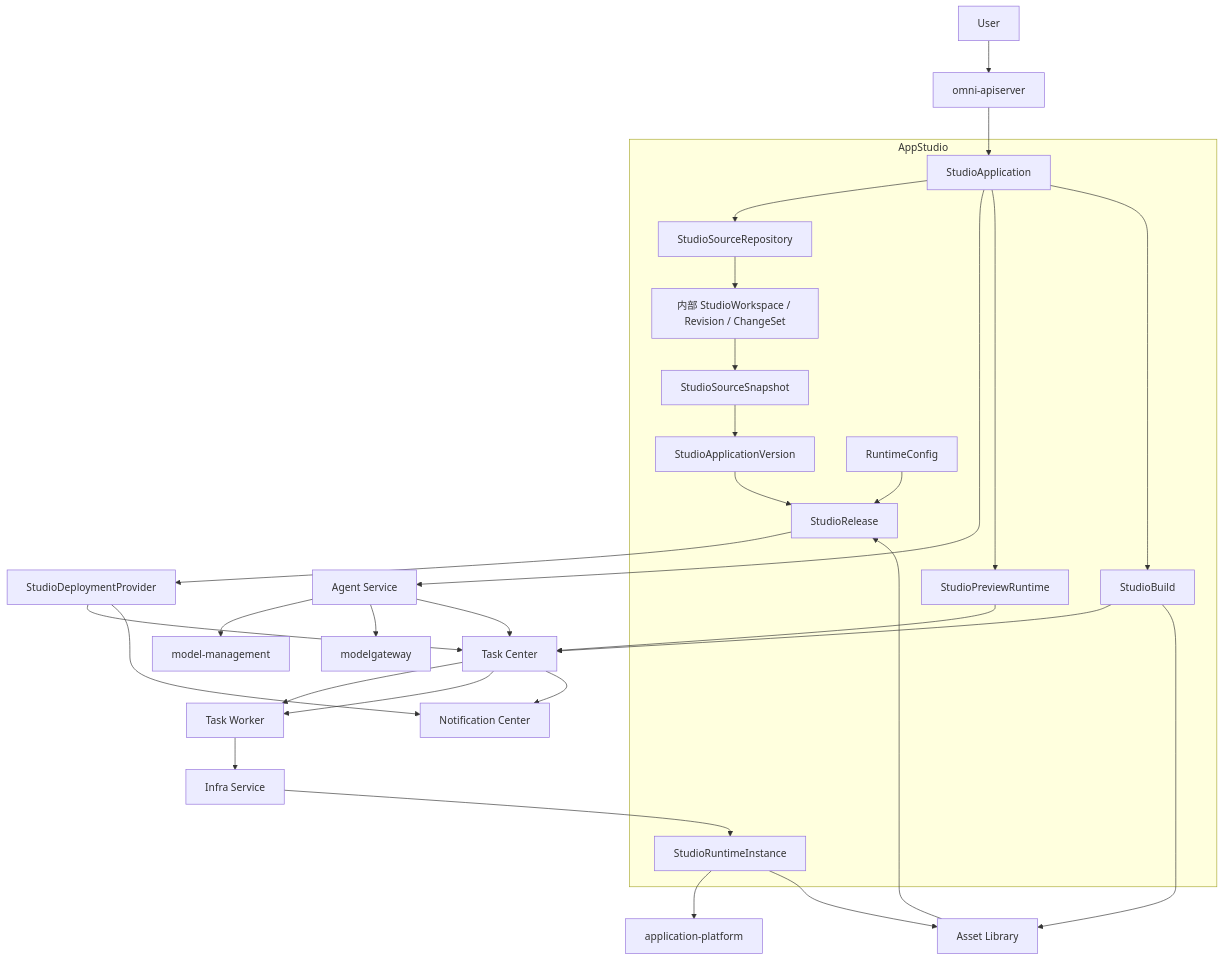
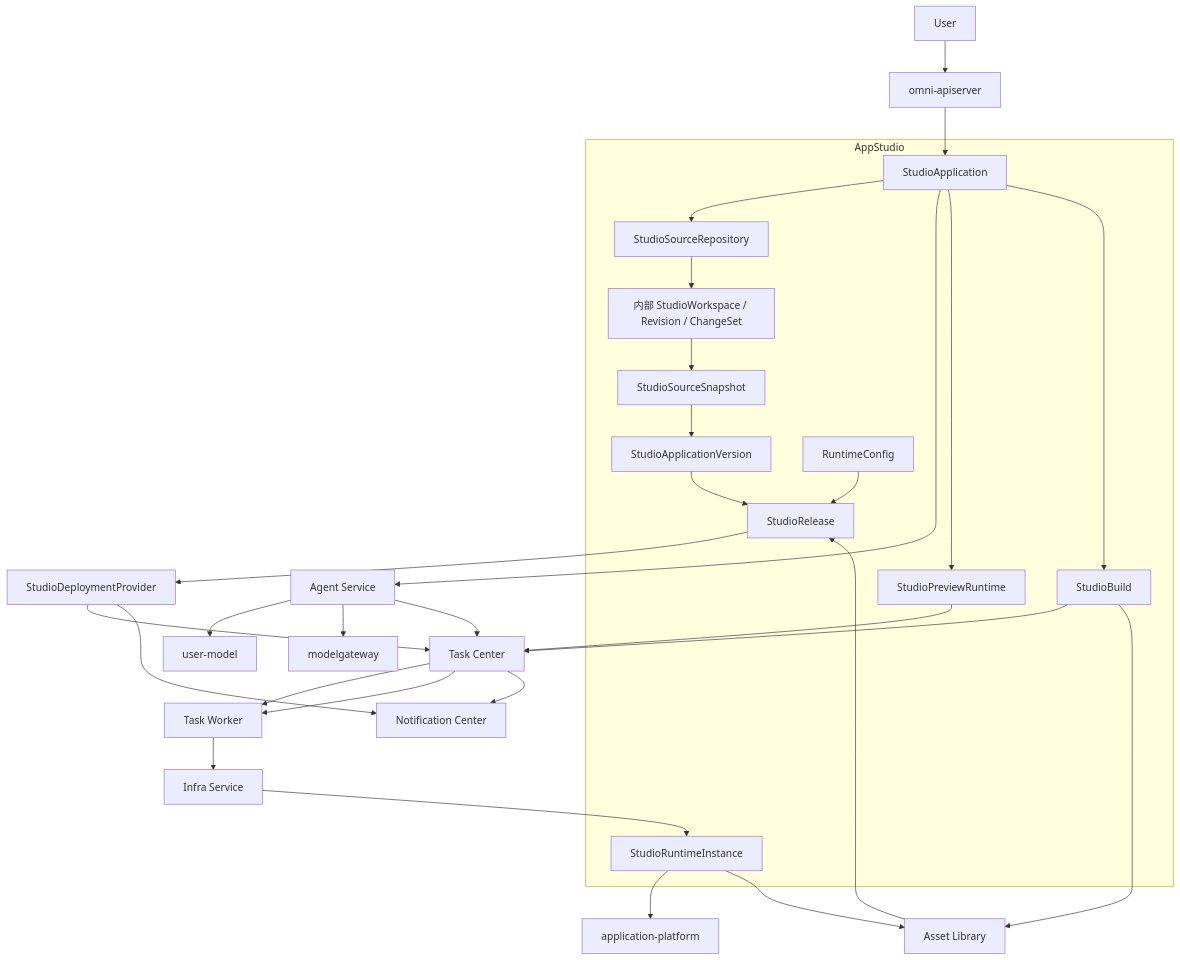
Before and after one commit to wangweihong/omnimam-spec: the first of 11 diagrams in 00_product/domains/appstudio/product-spec.md, drawn with Mermaid. The commit also changed other lines of this file and 43 other files, not shown here.

Commit message:
spec: unify user model and model gateway

````diff
--- a/00_product/domains/appstudio/product-spec.md
+++ b/00_product/domains/appstudio/product-spec.md
@@ -293,65 +293,65 @@
 ```mermaid
 flowchart TB
     USER[User]
     API[omni-apiserver]
 
     subgraph STUDIO["AppStudio"]
         APPLICATION[StudioApplication]
         REPOSITORY[StudioSourceRepository]
         WORKSPACE[内部 StudioWorkspace / Revision / ChangeSet]
         SNAPSHOT[StudioSourceSnapshot]
         VERSION[StudioApplicationVersion]
         PREVIEW[StudioPreviewRuntime]
         BUILD[StudioBuild]
         CONFIG[RuntimeConfig]
         RELEASE[StudioRelease]
         RUNTIME[StudioRuntimeInstance]
     end
 
     AGENT[Agent Service]
-    MM[model-management]
+    MM[user-model]
     MG[modelgateway]
     TASK[Task Center]
     WORKER[Task Worker]
     INFRA[Infra Service]
     DEPLOY[StudioDeploymentProvider]
     ASSET[Asset Library]
     APP_PLATFORM[application-platform]
     NOTICE[Notification Center]
 
     USER --> API
     API --> APPLICATION
 
     APPLICATION --> REPOSITORY
     REPOSITORY --> WORKSPACE
     WORKSPACE --> SNAPSHOT
     SNAPSHOT --> VERSION
 
     APPLICATION --> AGENT
     AGENT --> MM
     AGENT --> MG
     AGENT --> TASK
 
     APPLICATION --> PREVIEW
     PREVIEW --> TASK
     TASK --> WORKER
 
     APPLICATION --> BUILD
     BUILD --> TASK
     TASK --> WORKER
 
     BUILD --> ASSET
     ASSET --> RELEASE
     VERSION --> RELEASE
     CONFIG --> RELEASE
     RELEASE --> DEPLOY
     DEPLOY --> TASK
     WORKER --> INFRA
     INFRA --> RUNTIME
 
     RUNTIME --> APP_PLATFORM
     RUNTIME --> ASSET
 
     TASK --> NOTICE
     DEPLOY --> NOTICE
 ```
````
